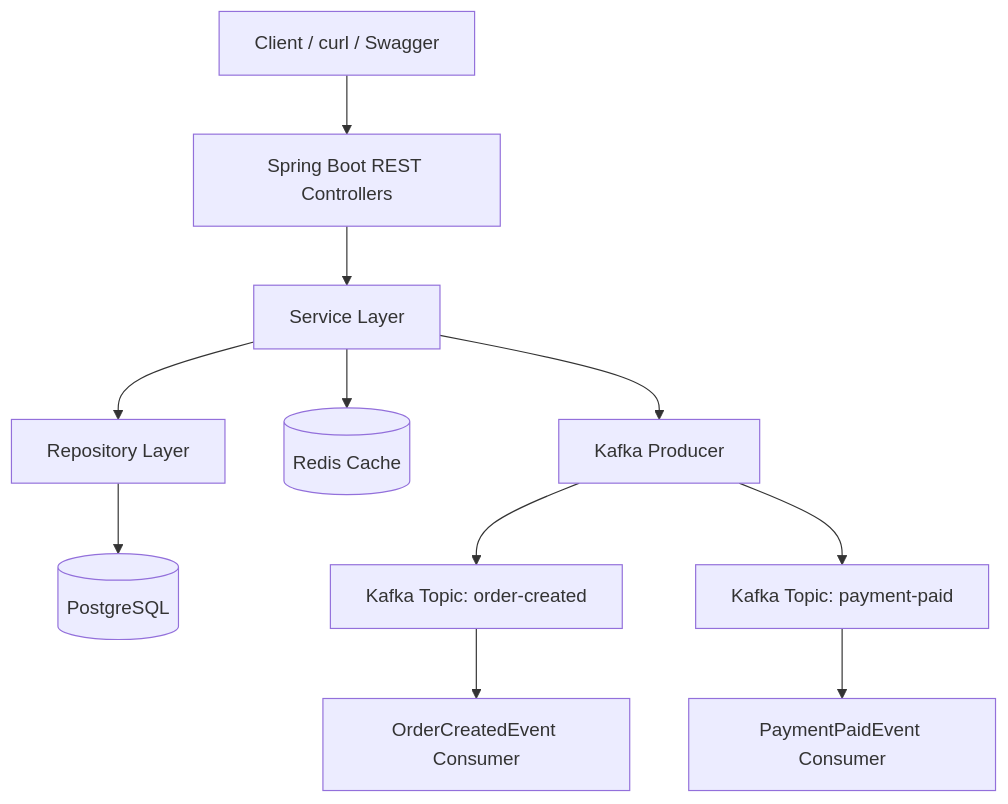
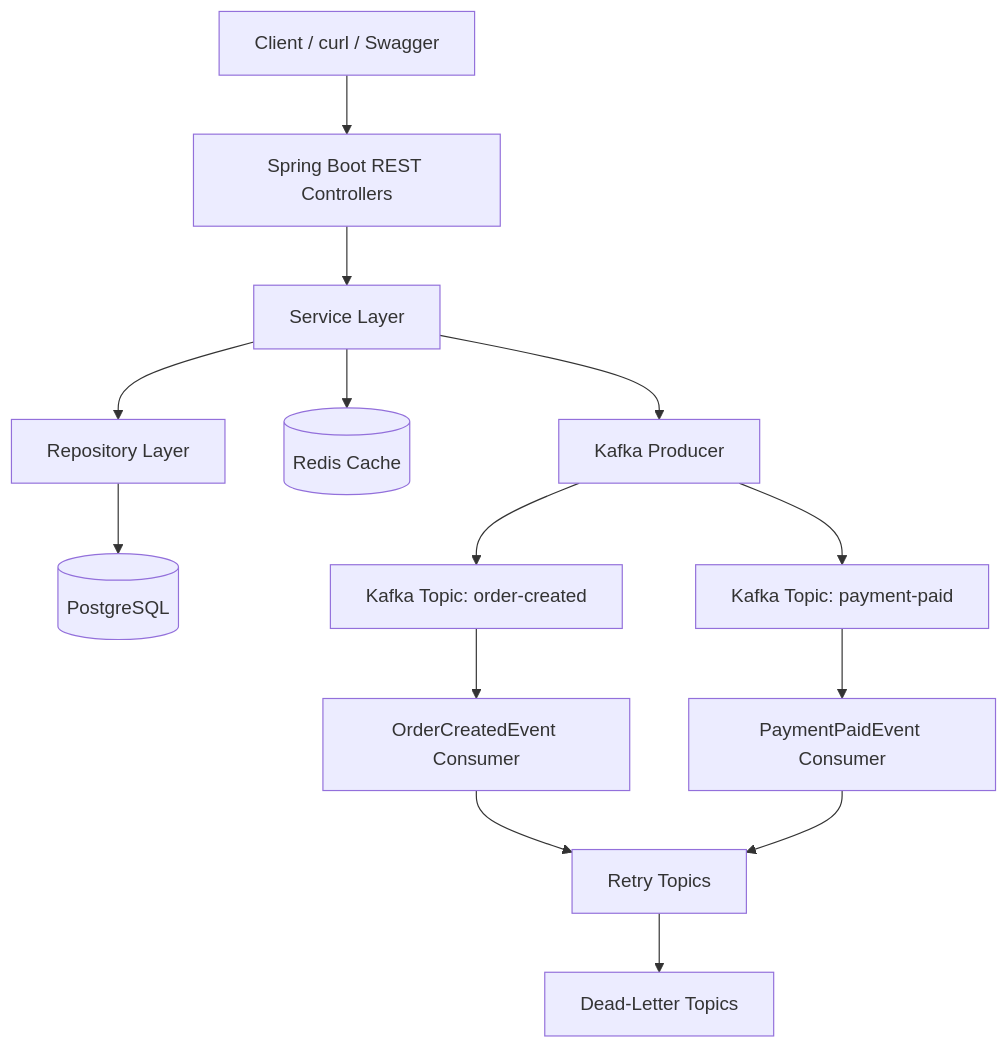
Before and after one commit to ravan-chuang/spring-boot-ecommerce-backend: the third of 3 diagrams in README.md, drawn with Mermaid. The commit also changed other lines of this file, not shown here.

Commit message:
docs: add Kafka retry and dead-letter topic documentation

````diff
--- a/README.md
+++ b/README.md
@@ -293,16 +365,20 @@
 ```mermaid
 flowchart TD
     Client[Client / curl / Swagger] --> Controller[Spring Boot REST Controllers]
     Controller --> Service[Service Layer]
     Service --> Repository[Repository Layer]
     Repository --> PostgreSQL[(PostgreSQL)]
 
     Service --> Redis[(Redis Cache)]
     Service --> Producer[Kafka Producer]
 
     Producer --> OrderTopic[Kafka Topic: order-created]
     Producer --> PaymentTopic[Kafka Topic: payment-paid]
 
     OrderTopic --> OrderConsumer[OrderCreatedEvent Consumer]
     PaymentTopic --> PaymentConsumer[PaymentPaidEvent Consumer]
+
+    OrderConsumer --> RetryTopic[Retry Topics]
+    PaymentConsumer --> RetryTopic
+    RetryTopic --> DLT[Dead-Letter Topics]
 ```
````
